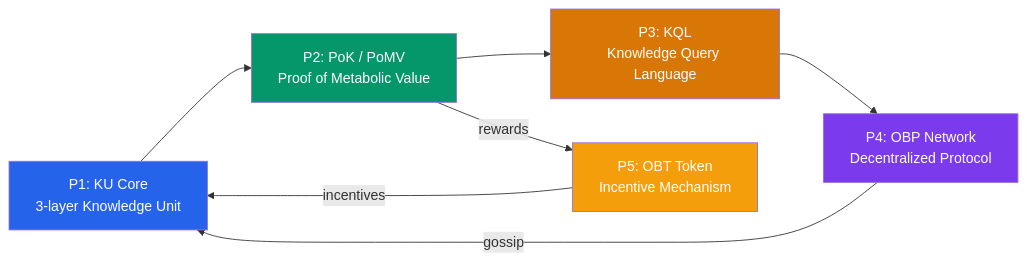
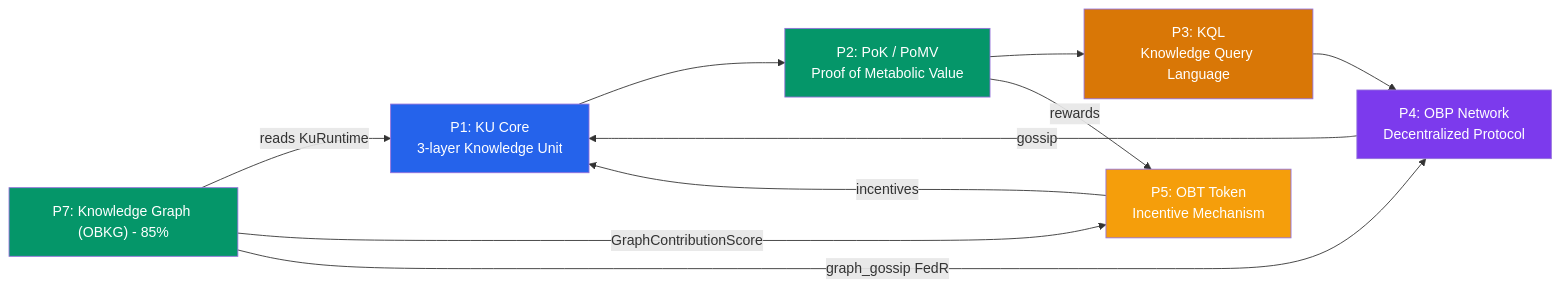
Before and after one commit to shpy2001gemi/OneBrain: the diagram in docs/README.md, drawn with Mermaid. The commit also changed other lines of this file and 262 other files, not shown here.

````diff
--- a/docs/README.md
+++ b/docs/README.md
@@ -19,21 +19,26 @@
 ```mermaid
 graph LR
     P1["P1: KU Core<br/>3-layer Knowledge Unit"]
     P2["P2: PoK / PoMV<br/>Proof of Metabolic Value"]
     P3["P3: KQL<br/>Knowledge Query Language"]
     P4["P4: OBP Network<br/>Decentralized Protocol"]
     P5["P5: OBT Token<br/>Incentive Mechanism"]
+    P7["P7: Knowledge Graph (OBKG) - 85%"]
 
     P1 --> P2
     P2 --> P3
     P3 --> P4
     P4 -->|gossip| P1
     P2 -->|rewards| P5
     P5 -->|incentives| P1
+    P7 -->|reads KuRuntime| P1
+    P7 -->|GraphContributionScore| P5
+    P7 -->|graph_gossip FedR| P4
 
     style P1 fill:#2563eb,color:#fff
     style P2 fill:#059669,color:#fff
     style P3 fill:#d97706,color:#fff
     style P4 fill:#7c3aed,color:#fff
     style P5 fill:#f59e0b,color:#fff
+    style P7 fill:#059669,color:#fff
 ```
````
